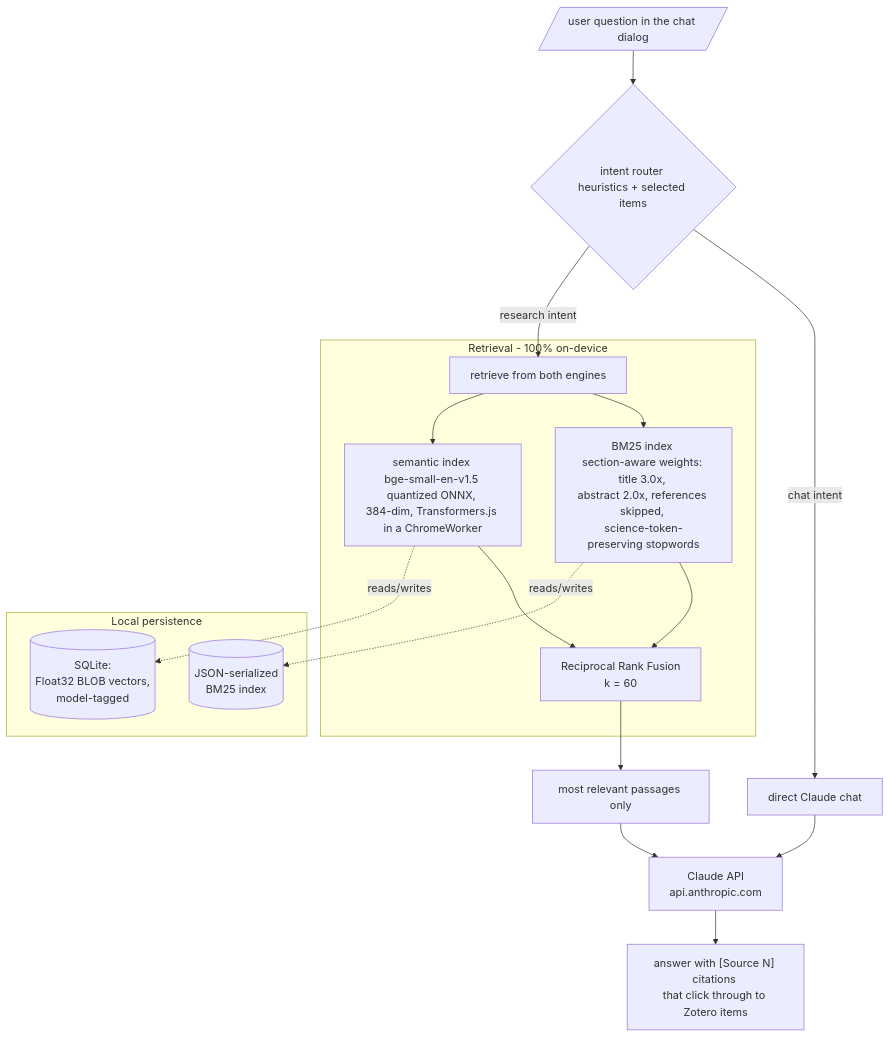
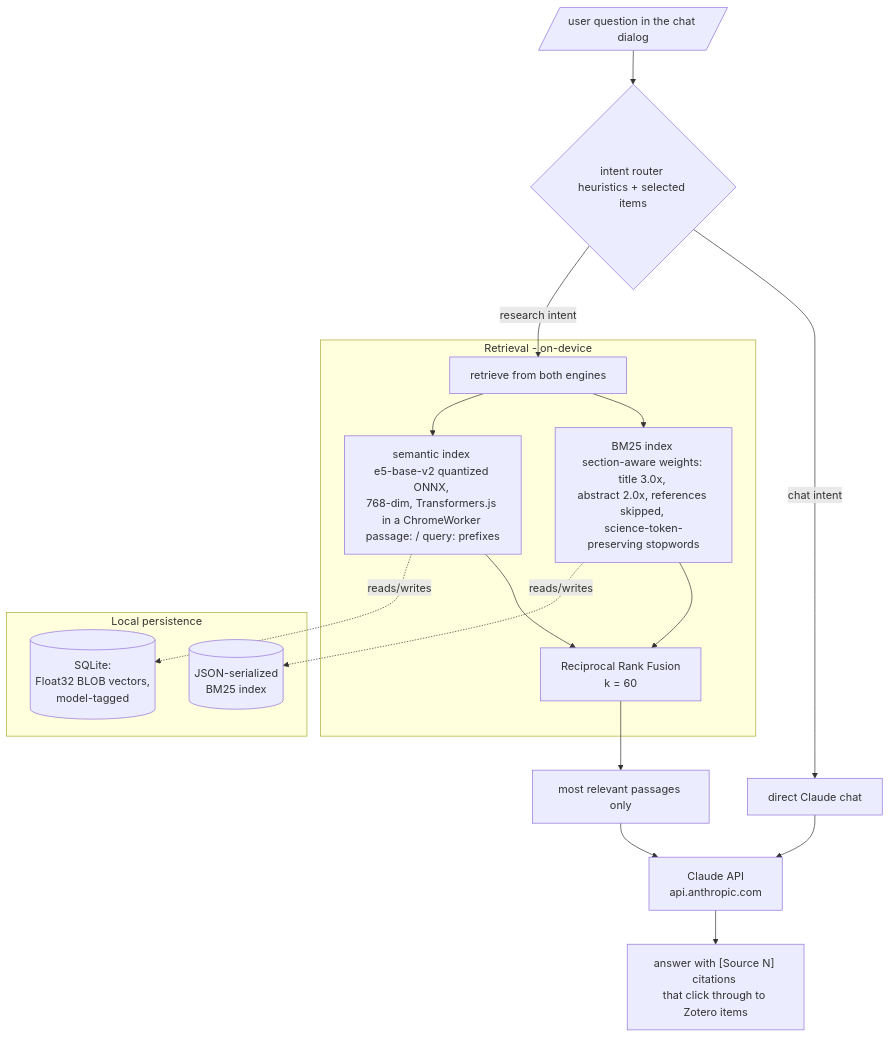
One commit to chojay/side-quests changed the first of 2 diagrams in ai-tooling/zotero-claude-assistant/ARCHITECTURE.md. Above: the diagram before and after it, drawn with Mermaid. The commit also changed other lines of this file and 35 other files, not shown here.

````diff
--- a/ai-tooling/zotero-claude-assistant/ARCHITECTURE.md
+++ b/ai-tooling/zotero-claude-assistant/ARCHITECTURE.md
@@ -7,25 +7,25 @@
 ```mermaid
 flowchart TD
     Q[/"user question in the chat dialog"/] --> ROUTE{intent router <br/>heuristics + selected items}
     ROUTE -->|chat intent| CHAT[direct Claude chat]
     ROUTE -->|research intent| RETRIEVE
 
-    subgraph LOCAL["Retrieval - 100% on-device"]
+    subgraph LOCAL["Retrieval - on-device"]
         RETRIEVE[retrieve from both engines] --> BM25[BM25 index <br/>section-aware weights: title 3.0x, <br/>abstract 2.0x, references skipped, <br/>science-token-preserving stopwords]
-        RETRIEVE --> SEM[semantic index <br/>bge-small-en-v1.5 quantized ONNX, <br/>384-dim, Transformers.js <br/>in a ChromeWorker]
+        RETRIEVE --> SEM[semantic index <br/>e5-base-v2 quantized ONNX, <br/>768-dim, Transformers.js <br/>in a ChromeWorker <br/>passage: / query: prefixes]
         BM25 --> RRF[Reciprocal Rank Fusion <br/>k = 60]
         SEM --> RRF
     end
 
     RRF --> CTX[most relevant passages only]
     CTX --> API[Claude API <br/>api.anthropic.com]
     CHAT --> API
     API --> ANS["answer with [Source N] citations <br/>that click through to Zotero items"]
 
     subgraph STORAGE["Local persistence"]
         VDB[(SQLite: <br/>Float32 BLOB vectors, <br/>model-tagged)]
         JDB[(JSON-serialized <br/>BM25 index)]
     end
     SEM -.reads/writes.-> VDB
     BM25 -.reads/writes.-> JDB
 ```
````
